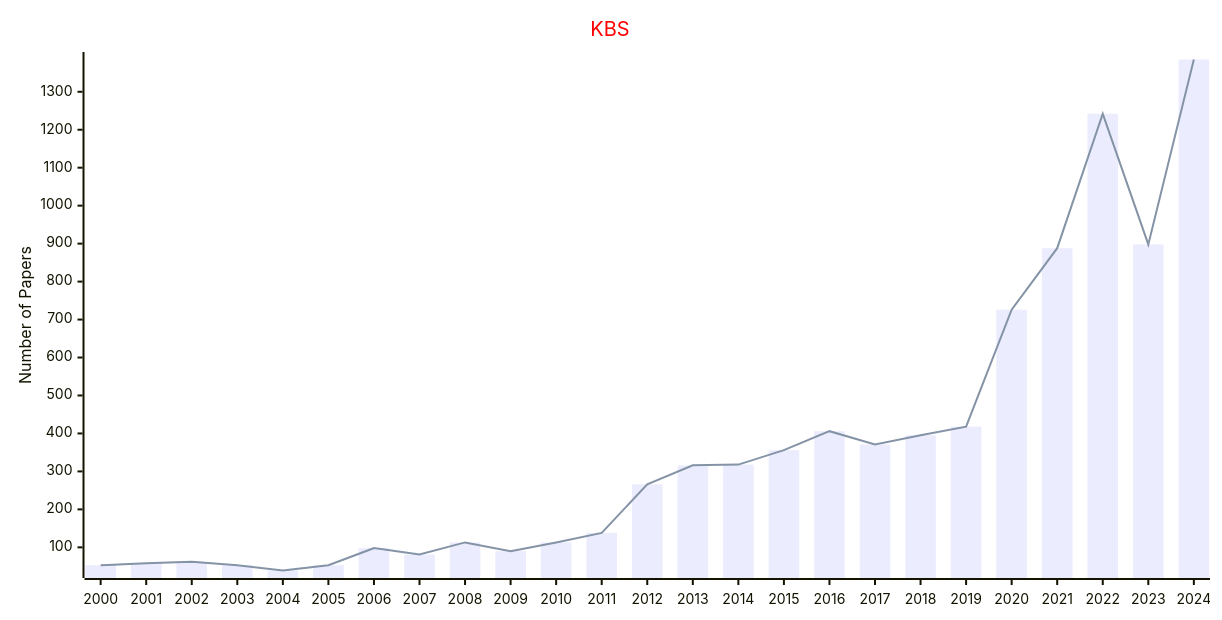
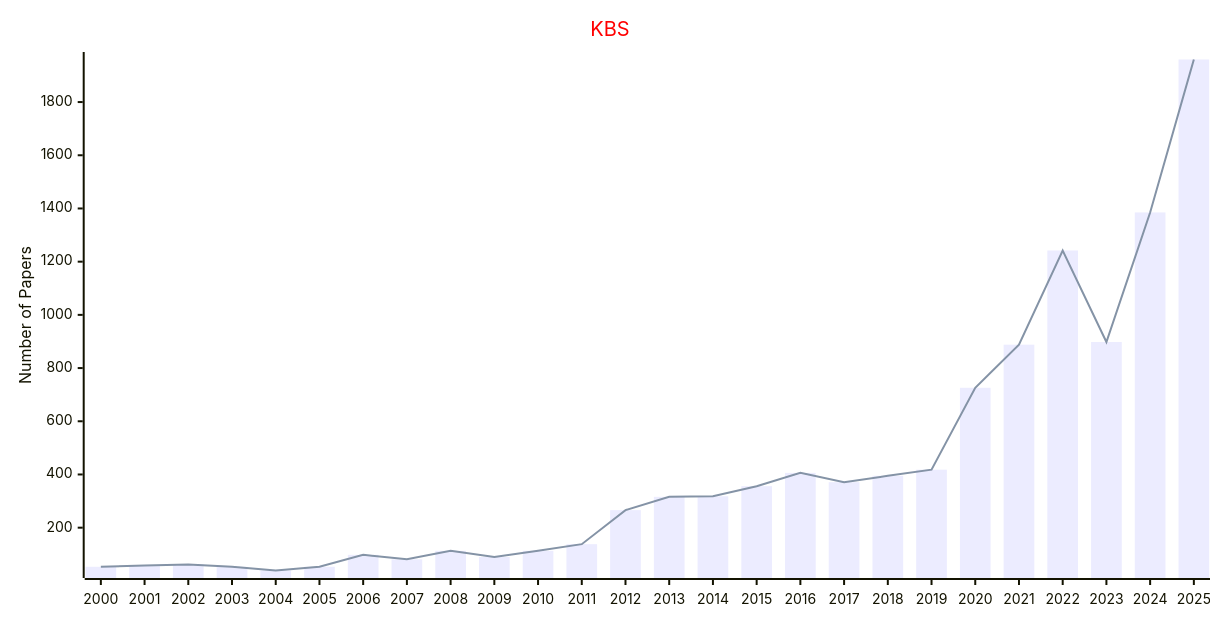
One commit to Easy-PhD/AILinks changed the diagram in docs/data/Journals/Statistics_Journals/Knowledge_Based_Systems.md. Above: the diagram before and after it, drawn with Mermaid. The commit also changed 107 other files, not shown here.

````diff
--- a/docs/data/Journals/Statistics_Journals/Knowledge_Based_Systems.md
+++ b/docs/data/Journals/Statistics_Journals/Knowledge_Based_Systems.md
@@ -9,17 +9,17 @@
 ```mermaid
 ---
 config:
     xyChart:
         width: 1200
         height: 600
     themeVariables:
         xyChart:
             titleColor: "#ff0000"
 ---
 xychart-beta
     title "KBS"
-    x-axis [2000, 2001, 2002, 2003, 2004, 2005, 2006, 2007, 2008, 2009, 2010, 2011, 2012, 2013, 2014, 2015, 2016, 2017, 2018, 2019, 2020, 2021, 2022, 2023, 2024]
+    x-axis [2000, 2001, 2002, 2003, 2004, 2005, 2006, 2007, 2008, 2009, 2010, 2011, 2012, 2013, 2014, 2015, 2016, 2017, 2018, 2019, 2020, 2021, 2022, 2023, 2024, 2025]
     y-axis "Number of Papers"
-    bar [53, 58, 62, 53, 39, 53, 98, 81, 113, 90, 113, 138, 266, 316, 318, 356, 406, 371, 395, 418, 726, 888, 1242, 898, 1385]
-    line [53, 58, 62, 53, 39, 53, 98, 81, 113, 90, 113, 138, 266, 316, 318, 356, 406, 371, 395, 418, 726, 888, 1242, 898, 1385]
+    bar [53, 58, 62, 53, 39, 53, 98, 81, 113, 90, 113, 138, 266, 316, 318, 356, 406, 371, 395, 418, 726, 888, 1242, 898, 1385, 1960]
+    line [53, 58, 62, 53, 39, 53, 98, 81, 113, 90, 113, 138, 266, 316, 318, 356, 406, 371, 395, 418, 726, 888, 1242, 898, 1385, 1960]
 ```
````
